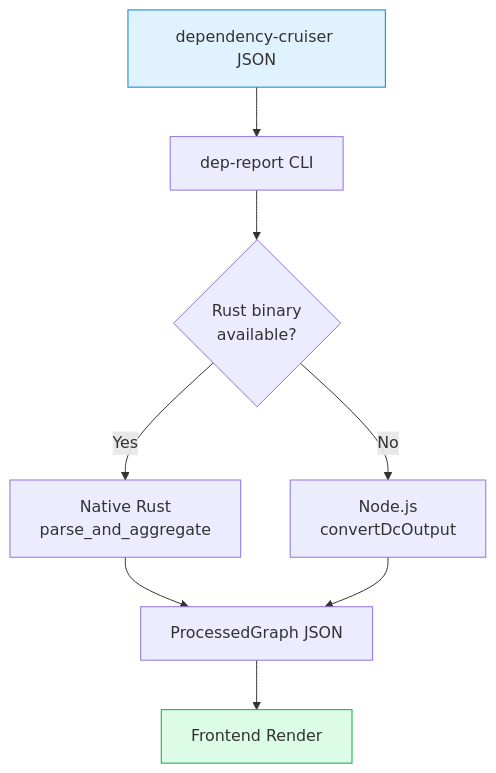
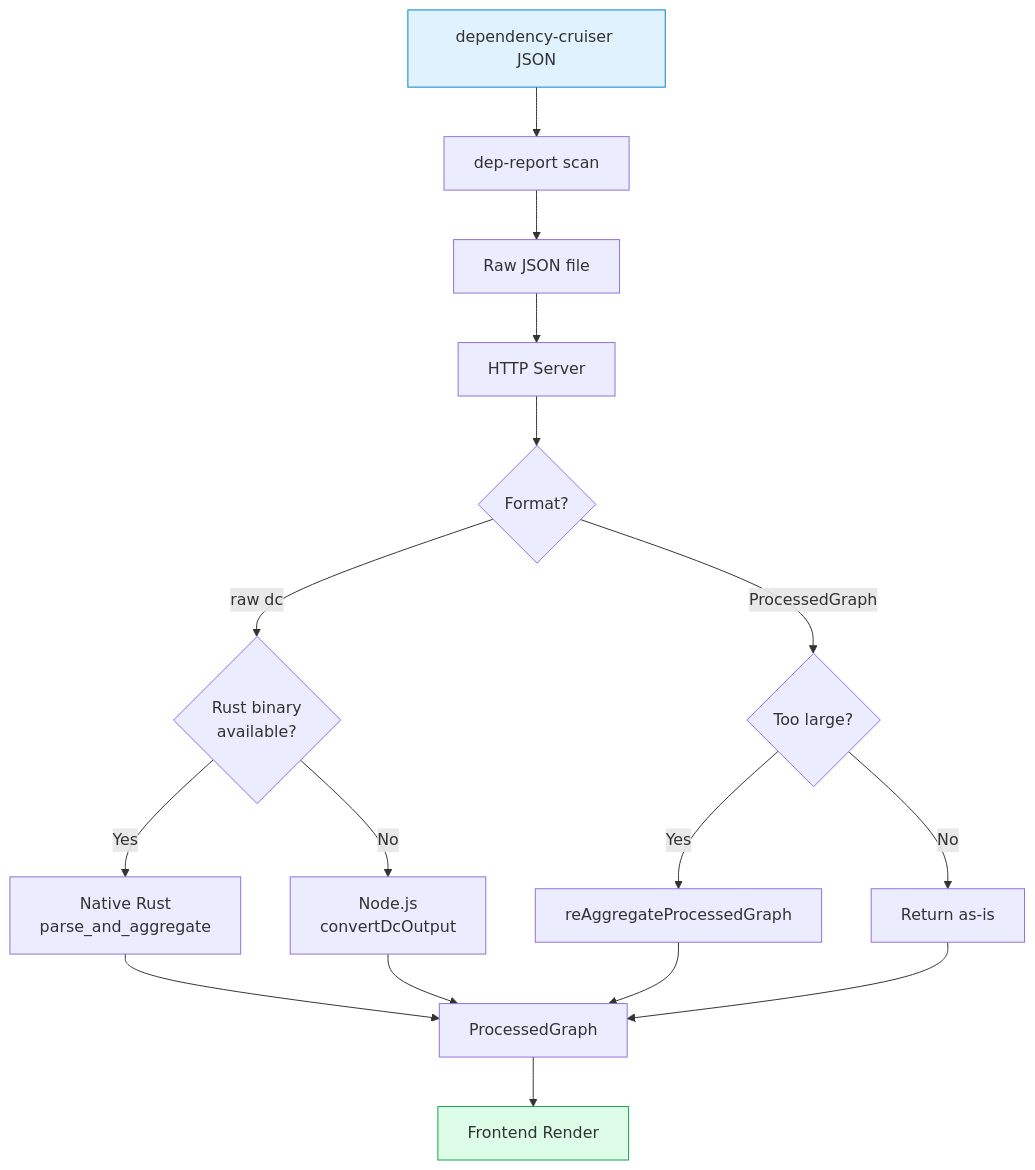
The first of 5 diagrams in docs/architecture/data-flow.md (fisher-89/dependency-cruiser-reporter), drawn with Mermaid before and after one commit. The commit also changed other lines of this file and 4 other files, not shown here.

First line of the commit message:
refactor(cli): preserve raw dependency-cruiser data, defer aggregation to server

````diff
--- a/docs/architecture/data-flow.md
+++ b/docs/architecture/data-flow.md
@@ -5,13 +5,21 @@
 ```mermaid
 flowchart TB
-    Input[dependency-cruiser JSON] --> CLI[dep-report CLI]
-    CLI --> Rust{Rust binary\navailable?}
+    Input[dependency-cruiser JSON] --> Scan[dep-report scan]
+    Scan --> RawFile[Raw JSON file]
+    RawFile --> Server[HTTP Server]
+    Server --> Detect{Format?}
+    Detect -->|raw dc| Rust{Rust binary\navailable?}
     Rust -->|Yes| Native[Native Rust\nparse_and_aggregate]
     Rust -->|No| Node[Node.js\nconvertDcOutput]
-    Native --> Output[ProcessedGraph JSON]
+    Detect -->|ProcessedGraph| ReAgg{Too large?}
+    ReAgg -->|Yes| Aggregate[reAggregateProcessedGraph]
+    ReAgg -->|No| Direct[Return as-is]
+    Native --> Output[ProcessedGraph]
     Node --> Output
+    Aggregate --> Output
+    Direct --> Output
     Output --> Render[Frontend Render]
 
     style Input fill:#e0f2fe,stroke:#0284c7
     style Render fill:#dcfce7,stroke:#16a34a
 ```
````
